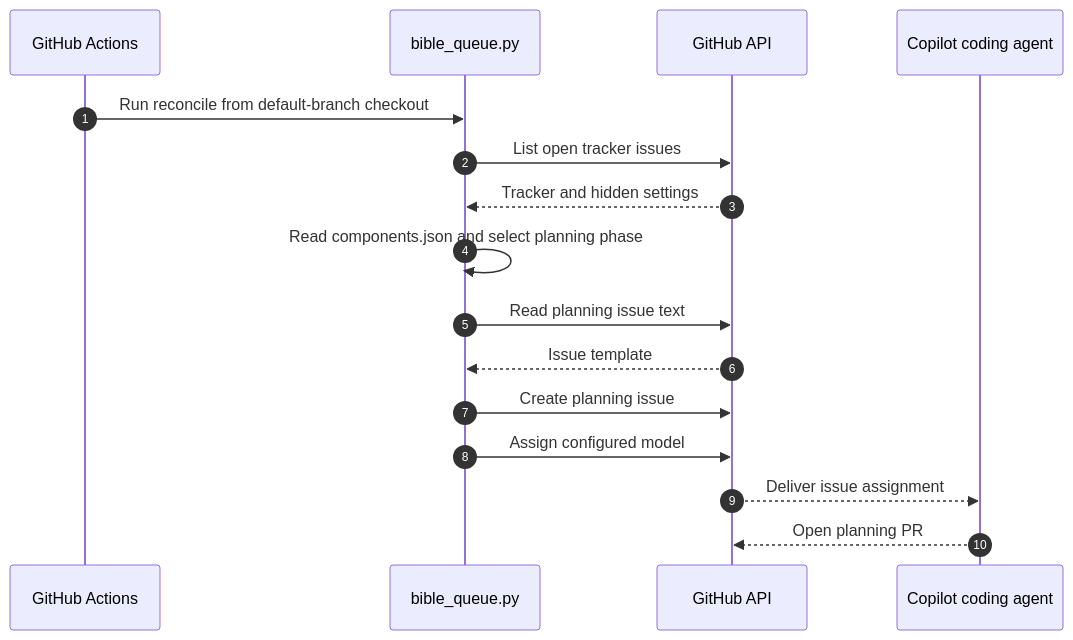
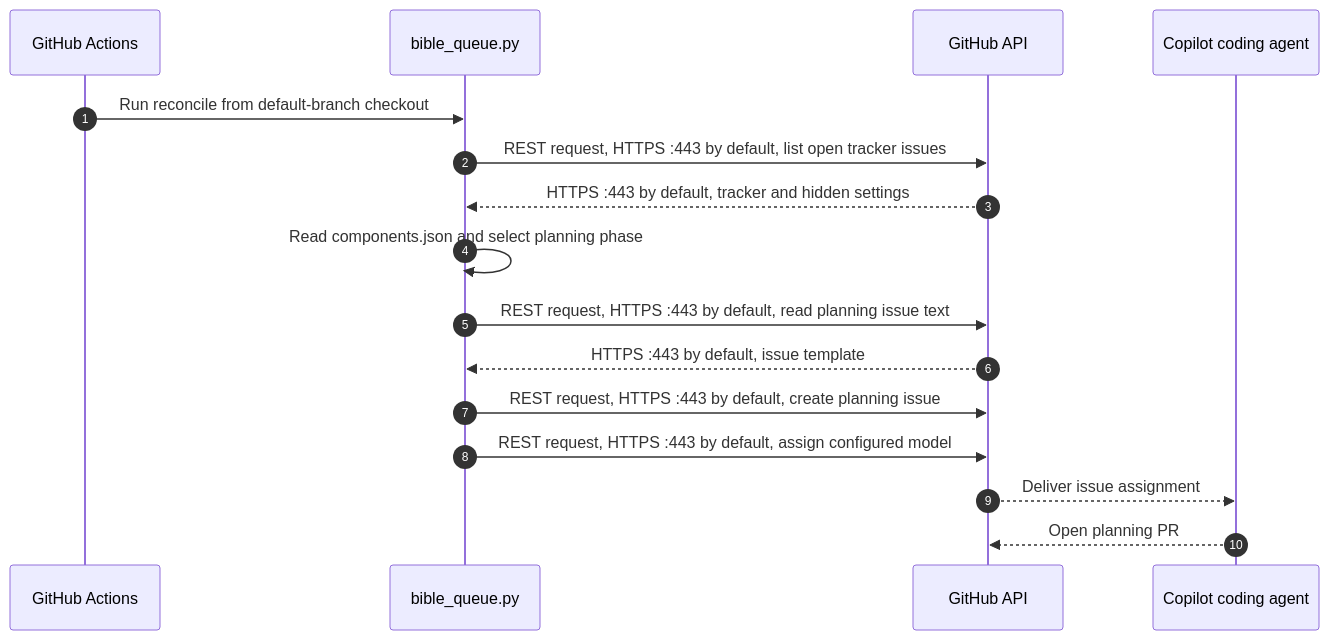
Before and after one commit to vishalc412/bible-mode-b-test: the second of 10 diagrams in codebase-analysis/hld/05-key-flows.md, drawn with Mermaid. The commit also changed other lines of this file and 27 other files, not shown here.

````diff
--- a/codebase-analysis/hld/05-key-flows.md
+++ b/codebase-analysis/hld/05-key-flows.md
@@ -73,18 +73,18 @@
 ```mermaid
 sequenceDiagram
   autonumber
   participant Actions as GitHub Actions
   participant Queue as bible_queue.py
   participant API as GitHub API
   participant Agent as Copilot coding agent
   Actions->>Queue: Run reconcile from default-branch checkout
-  Queue->>API: List open tracker issues
-  API-->>Queue: Tracker and hidden settings
+  Queue->>API: REST request, HTTPS :443 by default, list open tracker issues
+  API-->>Queue: HTTPS :443 by default, tracker and hidden settings
   Queue->>Queue: Read components.json and select planning phase
-  Queue->>API: Read planning issue text
-  API-->>Queue: Issue template
-  Queue->>API: Create planning issue
-  Queue->>API: Assign configured model
+  Queue->>API: REST request, HTTPS :443 by default, read planning issue text
+  API-->>Queue: HTTPS :443 by default, issue template
+  Queue->>API: REST request, HTTPS :443 by default, create planning issue
+  Queue->>API: REST request, HTTPS :443 by default, assign configured model
   API-->>Agent: Deliver issue assignment
   Agent-->>API: Open planning PR
 ```
````
